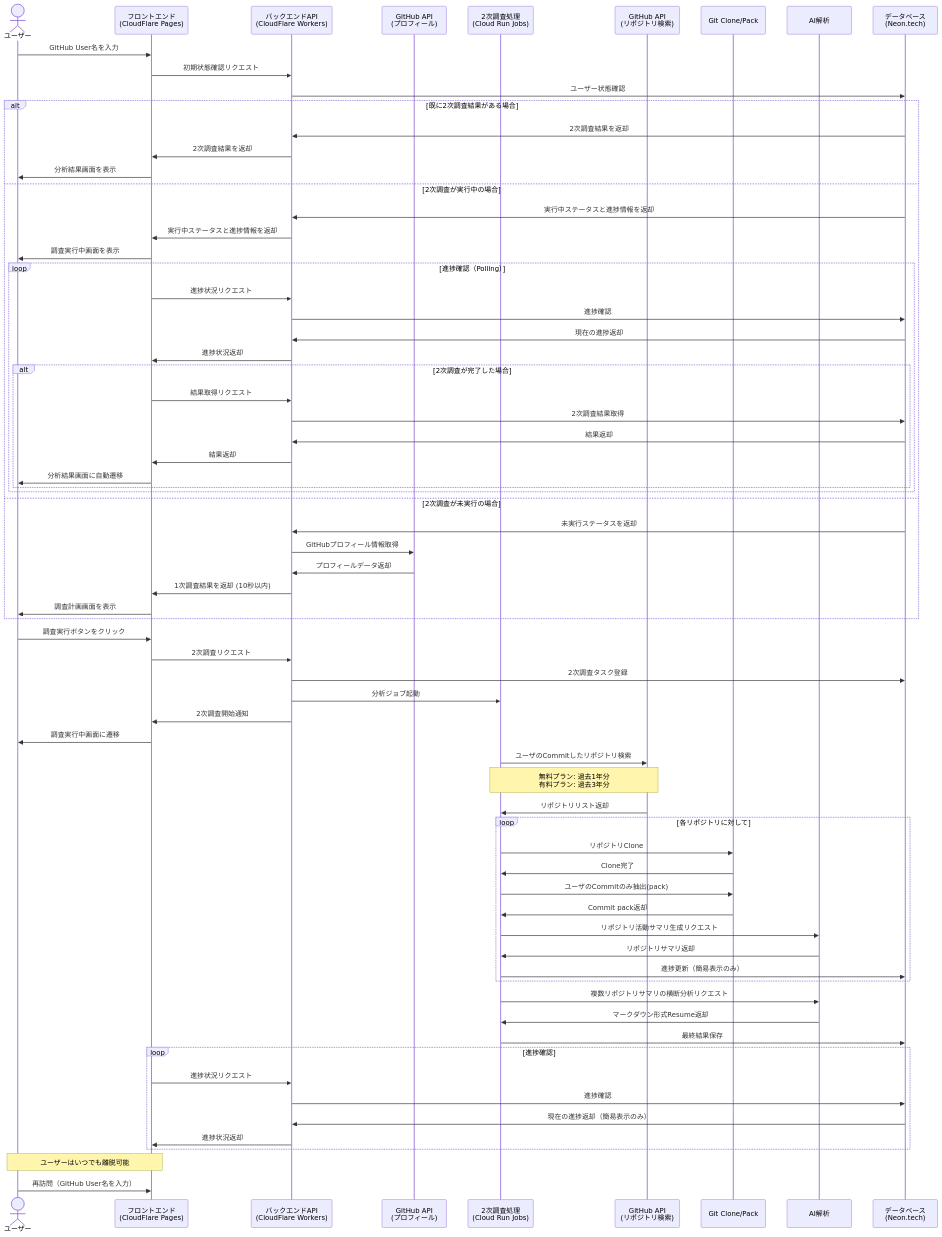
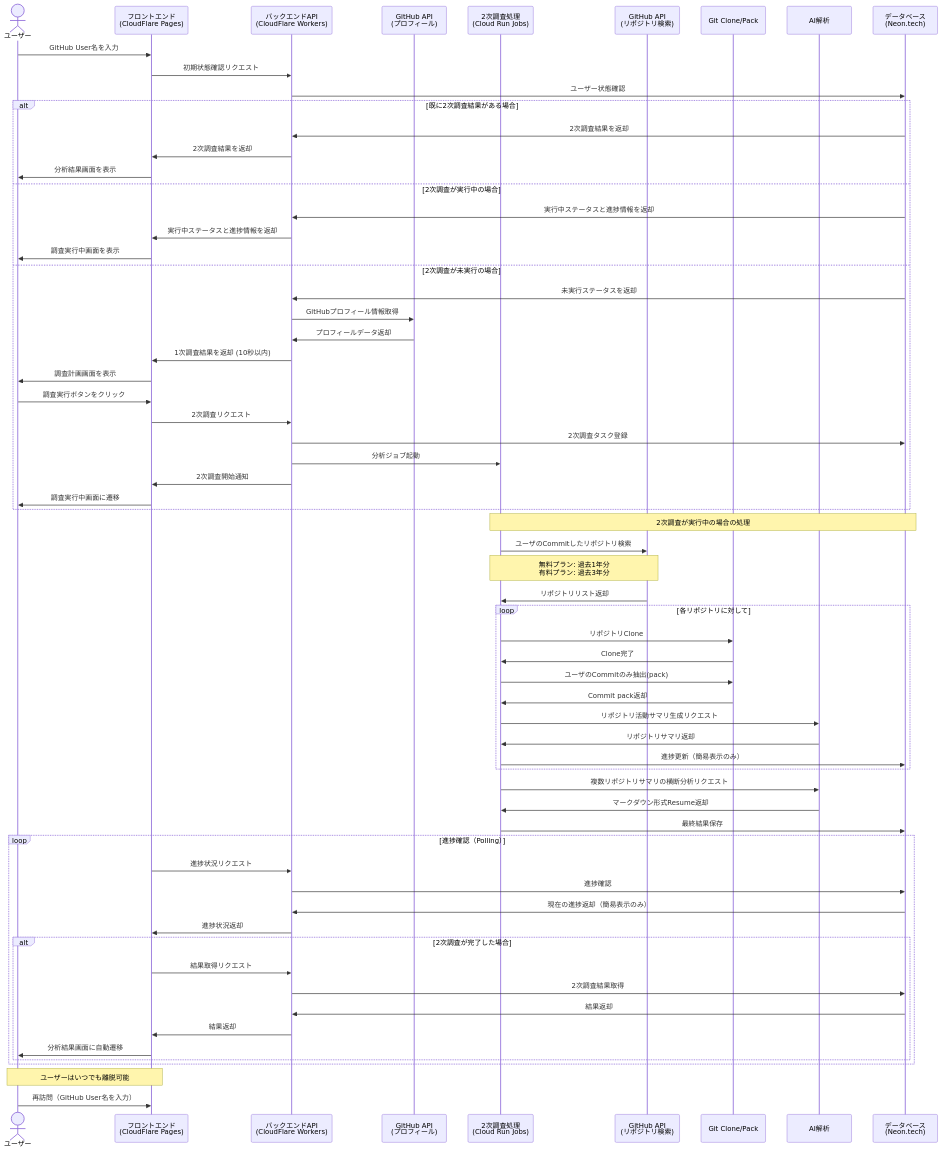
Before and after one commit to ToyB0x/git-resume: the diagram in docs/epic/deep-research-architecture-and-design/README.md, drawn with Mermaid.

Commit message:
feat: revise README.md to enhance the two-stage research process design and clarify architecture components

```diff
--- a/docs/epic/deep-research-architecture-and-design/README.md
+++ b/docs/epic/deep-research-architecture-and-design/README.md
@@ -172,21 +172,6 @@
         BE->>FE: 実行中ステータスと進捗情報を返却
         FE->>User: 調査実行中画面を表示
         
-        loop 進捗確認（Polling）
-            FE->>BE: 進捗状況リクエスト
-            BE->>DB: 進捗確認
-            DB->>BE: 現在の進捗返却
-            BE->>FE: 進捗状況返却
-            
-            alt 2次調査が完了した場合
-                FE->>BE: 結果取得リクエスト
-                BE->>DB: 2次調査結果取得
-                DB->>BE: 結果返却
-                BE->>FE: 結果返却
-                FE->>User: 分析結果画面に自動遷移
-            end
-        end
-        
     else 2次調査が未実行の場合
         DB->>BE: 未実行ステータスを返却
         
@@ -195,17 +180,18 @@
         GH1->>BE: プロフィールデータ返却
         BE->>FE: 1次調査結果を返却 (10秒以内)
         FE->>User: 調査計画画面を表示
+        
+        %% 2次調査の開始
+        User->>FE: 調査実行ボタンをクリック
+        FE->>BE: 2次調査リクエスト
+        BE->>DB: 2次調査タスク登録
+        BE->>Job: 分析ジョブ起動
+        BE->>FE: 2次調査開始通知
+        FE->>User: 調査実行中画面に遷移
     end
     
-    %% 2次調査の開始
-    User->>FE: 調査実行ボタンをクリック
-    FE->>BE: 2次調査リクエスト
-    BE->>DB: 2次調査タスク登録
-    BE->>Job: 分析ジョブ起動
-    BE->>FE: 2次調査開始通知
-    FE->>User: 調査実行中画面に遷移
-    
     %% バックグラウンド処理（詳細なステップ）
+    Note over Job,DB: 2次調査が実行中の場合の処理
     Job->>GH2: ユーザのCommitしたリポジトリ検索
     Note over Job,GH2: 無料プラン: 過去1年分<br>有料プラン: 過去3年分
     GH2->>Job: リポジトリリスト返却
@@ -224,12 +210,20 @@
     AI->>Job: マークダウン形式Resume返却
     Job->>DB: 最終結果保存
     
-    %% 進捗確認（Polling）
-    loop 進捗確認
+    %% 進捗確認（Polling）- 統合版
+    loop 進捗確認（Polling）
         FE->>BE: 進捗状況リクエスト
         BE->>DB: 進捗確認
         DB->>BE: 現在の進捗返却（簡易表示のみ）
         BE->>FE: 進捗状況返却
+        
+        alt 2次調査が完了した場合
+            FE->>BE: 結果取得リクエスト
+            BE->>DB: 2次調査結果取得
+            DB->>BE: 結果返却
+            BE->>FE: 結果返却
+            FE->>User: 分析結果画面に自動遷移
+        end
     end
     
     %% ユーザーの離脱と再訪問
```
